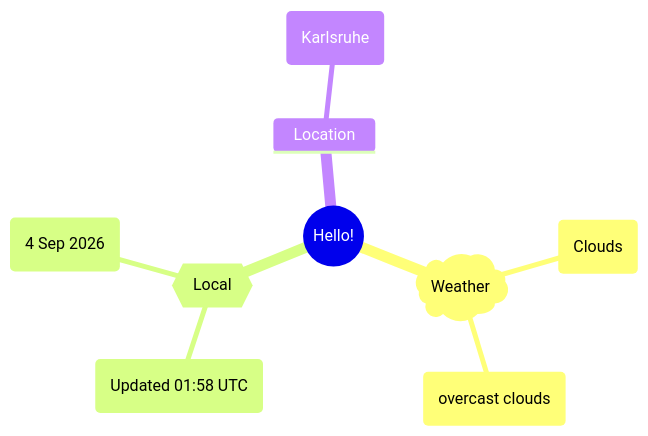
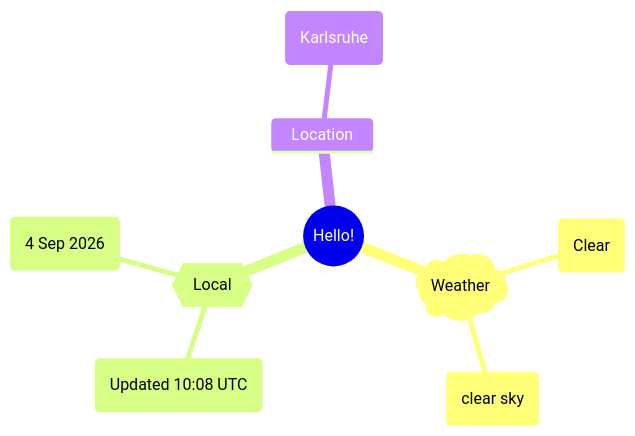
Before and after one commit to Xosrov/Xosrov: the first of 2 diagrams in README.md, drawn with Mermaid.

Commit message:
[bot] updated images

````diff
--- a/README.md
+++ b/README.md
@@ -3,12 +3,12 @@
 ```mermaid
 mindmap
   root((Hello!))
     )Weather(
-        (Clouds)
-        (overcast clouds)
+        (Clear)
+        (clear sky)
     {{Local}}
-        (Updated 01:58 UTC)
+        (Updated 10:08 UTC)
         (4 Sep 2026)
     Location
         (Karlsruhe)
 ```
````
